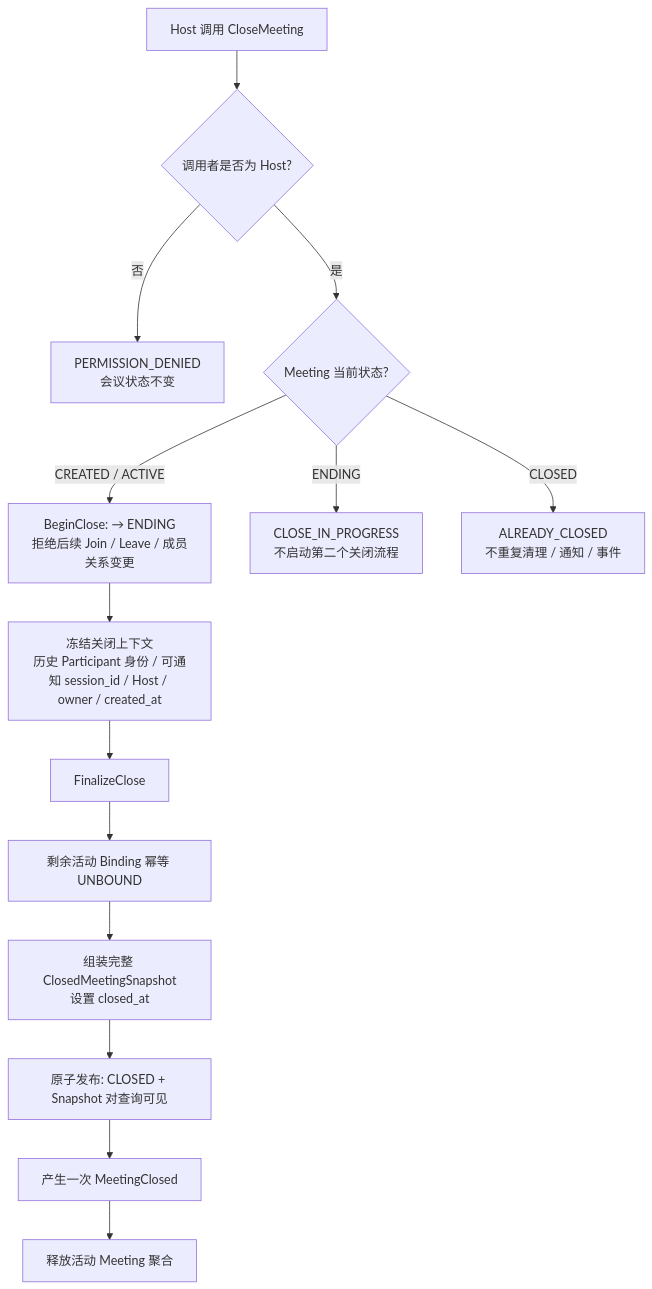
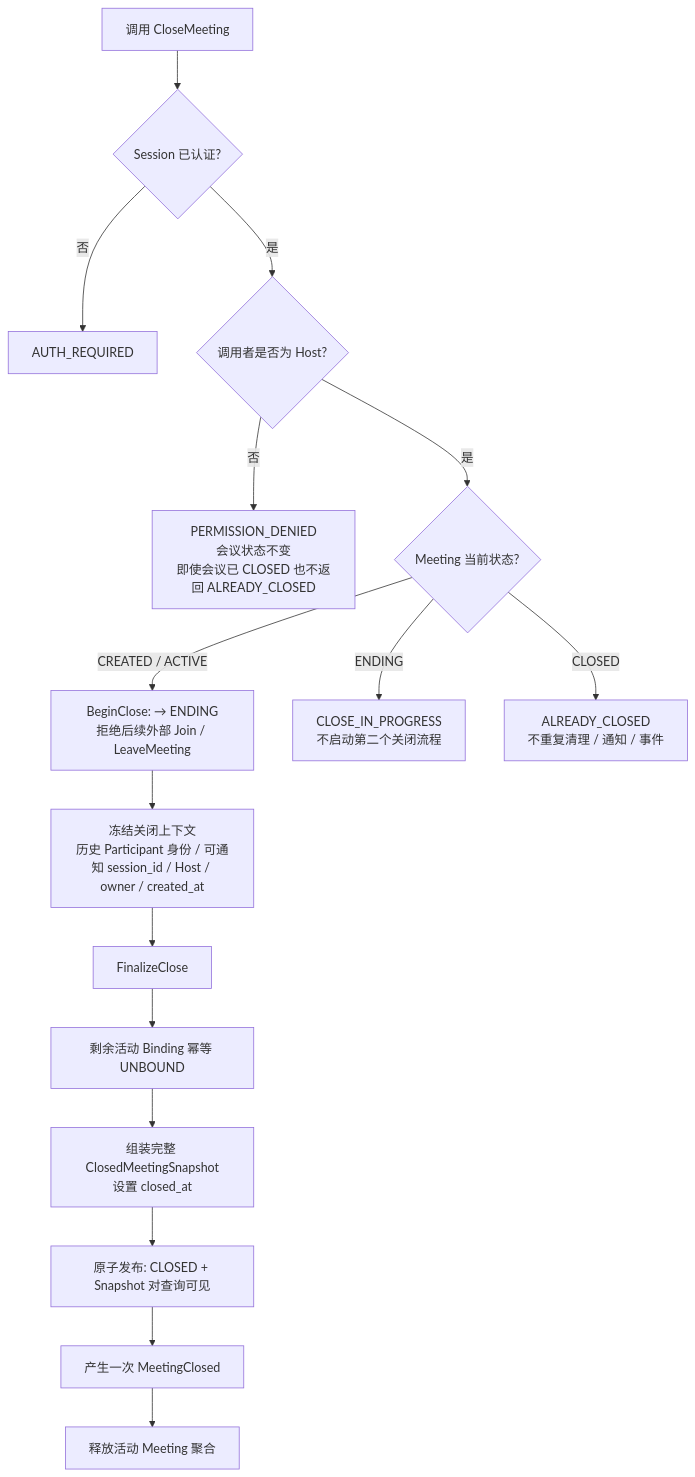
One commit to tobeki/rtc-signaling-platform changed the sixth of 7 diagrams in docs/phase1/STEP-1.3-state-machines.md. Above: the diagram before and after it, drawn with Mermaid. The commit also changed other lines of this file, not shown here.

Commit message:
docs(phase1): Step 1.3 design review fix - transport/domain split, disconnect fan-out, permission-before-idempotency

````diff
--- a/docs/phase1/STEP-1.3-state-machines.md
+++ b/docs/phase1/STEP-1.3-state-machines.md
@@ -701,16 +929,18 @@
 ```mermaid
 flowchart TD
-    A["Host 调用 CloseMeeting"] --> B{"调用者是否为 Host?"}
-    B -- "否" --> P["PERMISSION_DENIED<br/>会议状态不变"]
+    A["调用 CloseMeeting"] --> A0{"Session 已认证?"}
+    A0 -- "否" --> A1["AUTH_REQUIRED"]
+    A0 -- "是" --> B{"调用者是否为 Host?"}
+    B -- "否" --> P["PERMISSION_DENIED<br/>会议状态不变<br/>即使会议已 CLOSED 也不返回 ALREADY_CLOSED"]
     B -- "是" --> C{"Meeting 当前状态?"}
-    C -- "CREATED / ACTIVE" --> D["BeginClose: → ENDING<br/>拒绝后续 Join / Leave / 成员关系变更"]
+    C -- "CREATED / ACTIVE" --> D["BeginClose: → ENDING<br/>拒绝后续外部 Join / LeaveMeeting"]
     C -- "ENDING" --> E["CLOSE_IN_PROGRESS<br/>不启动第二个关闭流程"]
     C -- "CLOSED" --> F["ALREADY_CLOSED<br/>不重复清理 / 通知 / 事件"]
     D --> G["冻结关闭上下文<br/>历史 Participant 身份 / 可通知 session_id / Host / owner / created_at"]
     G --> H["FinalizeClose"]
     H --> I["剩余活动 Binding 幂等 UNBOUND"]
     I --> J["组装完整 ClosedMeetingSnapshot<br/>设置 closed_at"]
     J --> K["原子发布: CLOSED + Snapshot 对查询可见"]
     K --> L["产生一次 MeetingClosed"]
     L --> M["释放活动 Meeting 聚合"]
 ```
````
